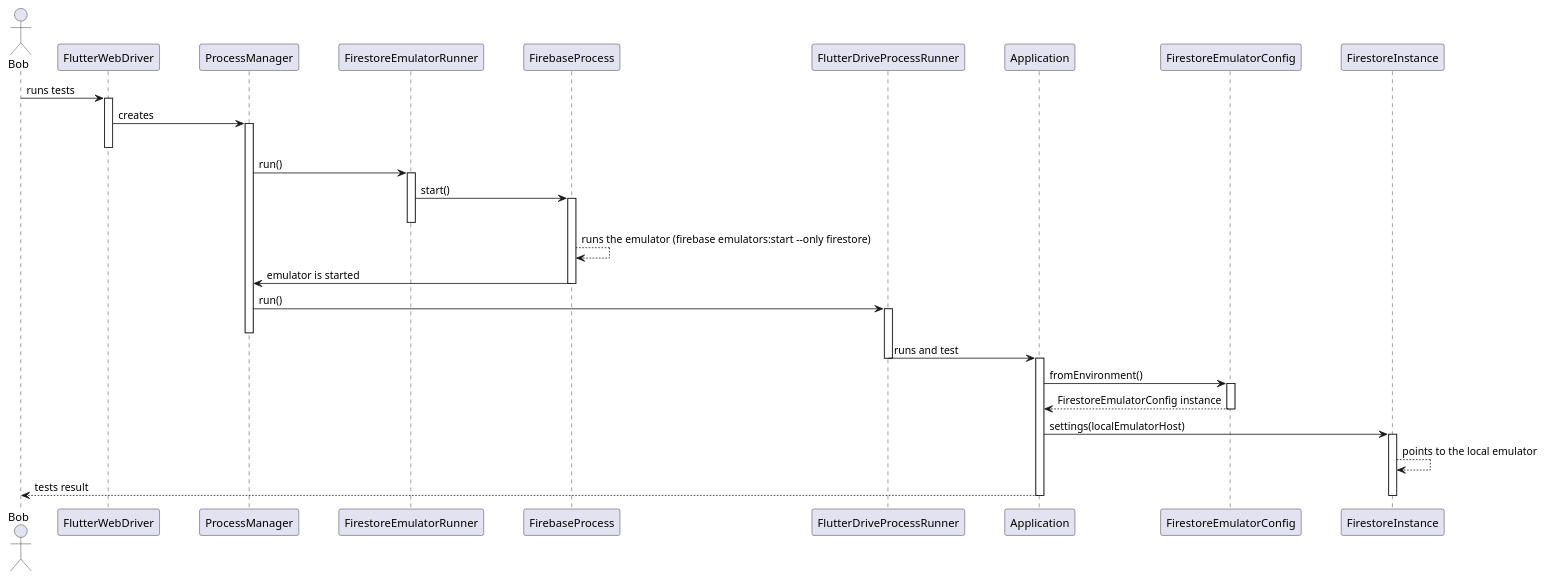
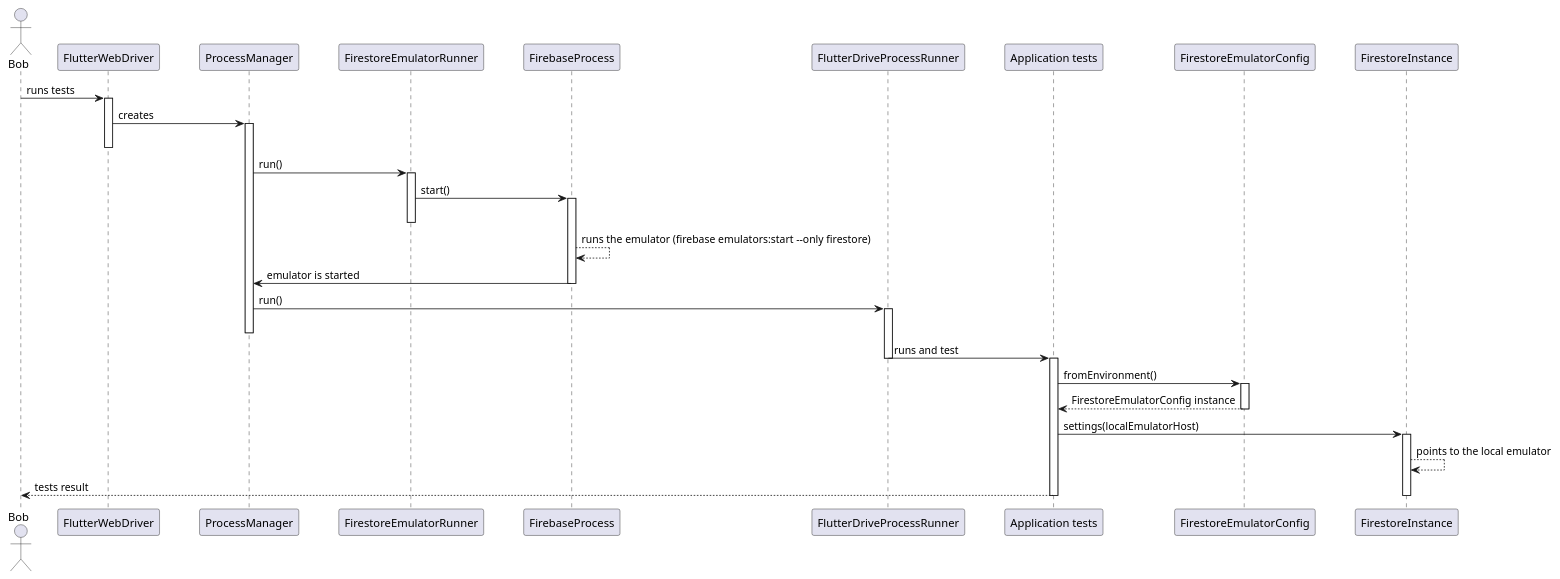
Before and after one commit to Flank/flank-dashboard: the diagram in metrics/web/docs/features/firestore_emulator_for_driver_tests/diagrams/firestore_emulator_sequence_diagram.puml, drawn with PlantUML. The commit also changed 2 other files, not shown here.

```diff
--- a/metrics/web/docs/features/firestore_emulator_for_driver_tests/diagrams/firestore_emulator_sequence_diagram.puml
+++ b/metrics/web/docs/features/firestore_emulator_for_driver_tests/diagrams/firestore_emulator_sequence_diagram.puml
@@ -1,62 +1,62 @@
 @startuml firestore_emulator_sequence_diagram
 
 skinparam ParticipantPadding 20
 skinparam BoxPadding 10
 
 actor Bob
 
 participant FlutterWebDriver
 participant ProcessManager
 participant FirestoreEmulatorRunner
 participant FirebaseProcess
 participant FlutterDriveProcessRunner
-participant Application
+participant "Application tests"
 participant FirestoreEmulatorConfig
 participant FirestoreInstance
 
 Bob -> FlutterWebDriver : runs tests
 activate FlutterWebDriver
 
 FlutterWebDriver -> ProcessManager : creates
 activate ProcessManager
 deactivate FlutterWebDriver
 
 ProcessManager -> FirestoreEmulatorRunner : run()
 activate FirestoreEmulatorRunner
 
 
 FirestoreEmulatorRunner -> FirebaseProcess : start()
 activate FirebaseProcess
 deactivate FirestoreEmulatorRunner
 
 FirebaseProcess --> FirebaseProcess : runs the emulator (firebase emulators:start --only firestore)
 
 FirebaseProcess -> ProcessManager : emulator is started
 deactivate FirebaseProcess
 
 ProcessManager -> FlutterDriveProcessRunner : run()
 activate FlutterDriveProcessRunner
 deactivate ProcessManager
 
 deactivate FirebaseProcess
 
-FlutterDriveProcessRunner -> Application : runs and test
+FlutterDriveProcessRunner -> "Application tests" : runs and test
 deactivate FlutterDriveProcessRunner
-activate Application
+activate "Application tests"
 
-Application -> FirestoreEmulatorConfig : fromEnvironment()
+"Application tests" -> FirestoreEmulatorConfig : fromEnvironment()
 activate FirestoreEmulatorConfig
 
-FirestoreEmulatorConfig --> Application : FirestoreEmulatorConfig instance
+FirestoreEmulatorConfig --> "Application tests" : FirestoreEmulatorConfig instance
 deactivate FirestoreEmulatorConfig
 
-Application -> FirestoreInstance : settings(localEmulatorHost)
+"Application tests" -> FirestoreInstance : settings(localEmulatorHost)
 activate FirestoreInstance
 
 FirestoreInstance --> FirestoreInstance : points to the local emulator
 
-Application --> Bob : tests result
+"Application tests" --> Bob : tests result
 deactivate FirestoreInstance
-deactivate Application
+deactivate "Application tests"
 
 @enduml
```
